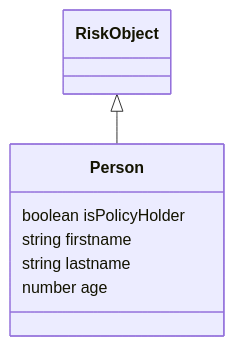
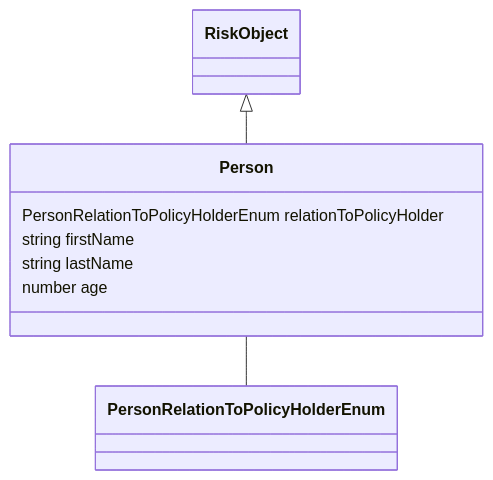
Before and after one commit to codexstanford/Insurance-Payout-Ontology: the diagram in datamodel-build/mermaid/Person.mmd, drawn with Mermaid. The commit also changed 82 other files, not shown here.

```diff
--- a/datamodel-build/mermaid/Person.mmd
+++ b/datamodel-build/mermaid/Person.mmd
@@ -1,12 +1,13 @@
 classDiagram
-  
+  Person -- PersonRelationToPolicyHolderEnum
+
 
 RiskObject <|-- Person
 class Person {
 
-  boolean isPolicyHolder
-  string firstname
-  string lastname
+  PersonRelationToPolicyHolderEnum relationToPolicyHolder
+  string firstName
+  string lastName
   number age
 
 }
```
